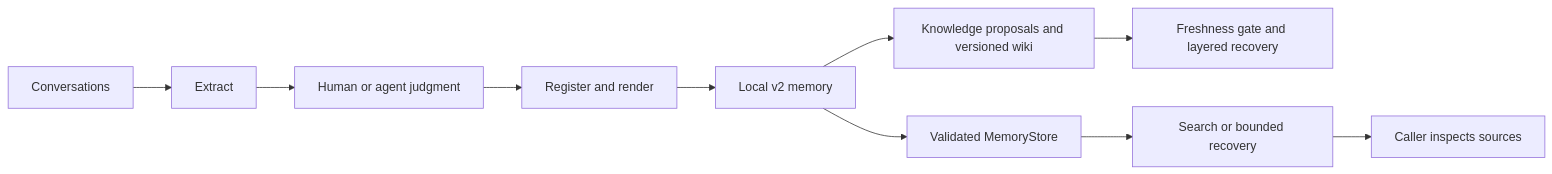
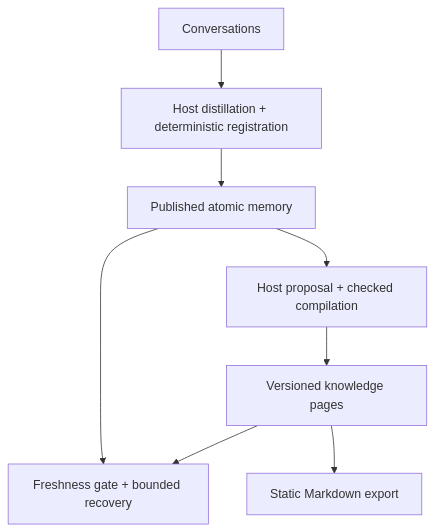
Before and after one commit to Anhao1314/CarryTrace: the diagram in README.md, drawn with Mermaid. The commit also changed other lines of this file and 7 other files, not shown here.

````diff
--- a/README.md
+++ b/README.md
@@ -136,12 +174,10 @@
 ```mermaid
-flowchart LR
-    A[Conversations] --> B[Extract]
-    B --> C[Human or agent judgment]
-    C --> D[Register and render]
-    D --> E[Local v2 memory]
-    E --> W[Knowledge proposals and versioned wiki]
-    W --> R[Freshness gate and layered recovery]
-    E --> F[Validated MemoryStore]
-    F --> G[Search or bounded recovery]
-    G --> H[Caller inspects sources]
+flowchart TD
+    A[Conversations] --> B[Host distillation + deterministic registration]
+    B --> C[Published atomic memory]
+    C --> D[Host proposal + checked compilation]
+    D --> E[Versioned knowledge pages]
+    E --> F[Freshness gate + bounded recovery]
+    C --> F
+    E --> G[Static Markdown export]
 ```
````
